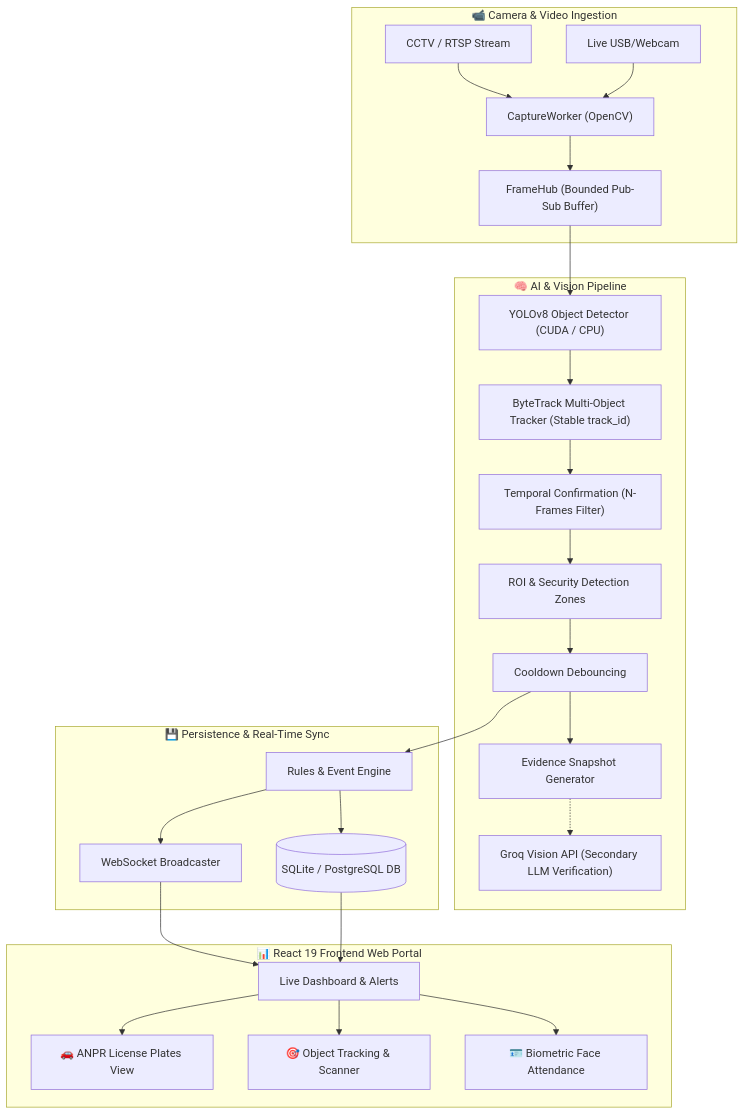
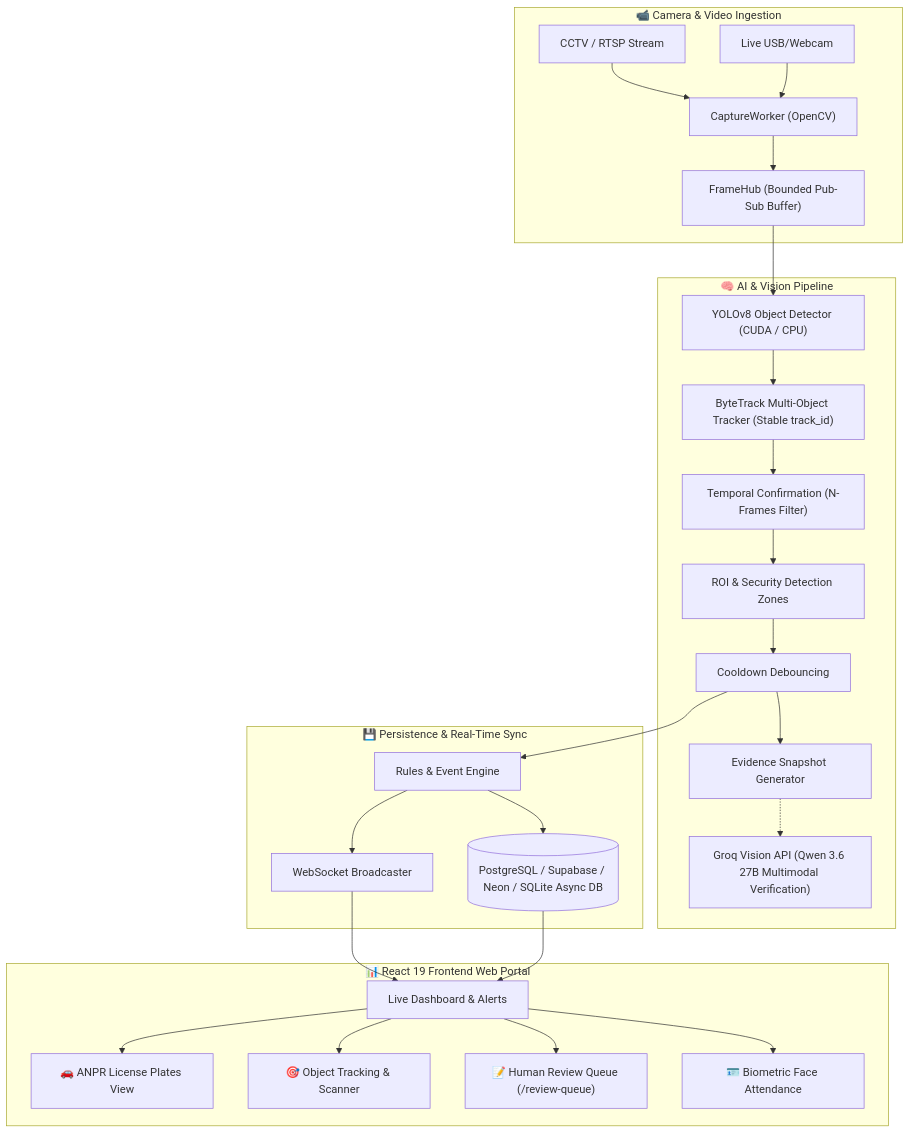
The diagram in README.md (rameez-1807/SURVILENCE-SYSTEM-NEW_CODE), drawn with Mermaid before and after one commit. The commit also changed other lines of this file and 41 other files, not shown here.

Commit message:
feat: complete system updates - human review queue, enhanced documentation & db migrations

````diff
--- a/README.md
+++ b/README.md
@@ -46,32 +49,33 @@
 ```mermaid
 flowchart TD
     subgraph Video_Ingestion["📹 Camera & Video Ingestion"]
         RTSP["CCTV / RTSP Stream"] --> Worker["CaptureWorker (OpenCV)"]
         Webcam["Live USB/Webcam"] --> Worker
         Worker --> Hub["FrameHub (Bounded Pub-Sub Buffer)"]
     end
 
     subgraph AI_Engine["🧠 AI & Vision Pipeline"]
         Hub --> YOLO["YOLOv8 Object Detector (CUDA / CPU)"]
         YOLO --> Tracker["ByteTrack Multi-Object Tracker (Stable track_id)"]
         Tracker --> Confirm["Temporal Confirmation (N-Frames Filter)"]
         Confirm --> Zones["ROI & Security Detection Zones"]
         Zones --> Cooldown["Cooldown Debouncing"]
         Cooldown --> Snapshot["Evidence Snapshot Generator"]
-        Snapshot -.-> Groq["Groq Vision API (Secondary LLM Verification)"]
+        Snapshot -.-> Groq["Groq Vision API (Qwen 3.6 27B Multimodal Verification)"]
     end
 
     subgraph Storage_and_Messaging["💾 Persistence & Real-Time Sync"]
         Cooldown --> EventEngine["Rules & Event Engine"]
-        EventEngine --> DB[(SQLite / PostgreSQL DB)]
+        EventEngine --> DB[(PostgreSQL / Supabase / Neon / SQLite Async DB)]
         EventEngine --> WS["WebSocket Broadcaster"]
     end
 
     subgraph Frontend_App["📊 React 19 Frontend Web Portal"]
         WS --> UI["Live Dashboard & Alerts"]
         DB --> UI
         UI --> ANPR_UI["🚗 ANPR License Plates View"]
         UI --> Obj_UI["🎯 Object Tracking & Scanner"]
+        UI --> Review_UI["📝 Human Review Queue (/review-queue)"]
         UI --> Att_UI["🪪 Biometric Face Attendance"]
     end
 ```
````
